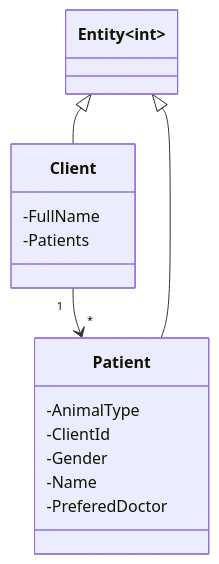
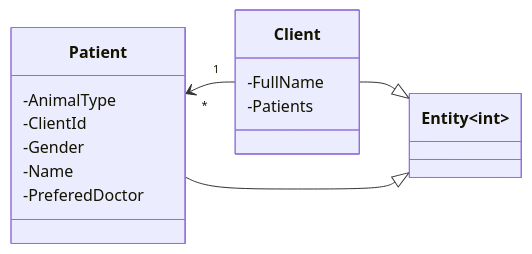
The first of 6 diagrams in 13. DDD/Applying Aggregates and Associations.md (pirocorp/Object-Oriented-Design), drawn with Mermaid before and after one commit. The commit also changed other lines of this file, not shown here.

Commit message:
Update Applying Aggregates and Associations.md

````diff
--- a/13. DDD/Applying Aggregates and Associations.md
+++ b/13. DDD/Applying Aggregates and Associations.md
@@ -45,18 +45,20 @@
 ```mermaid
-  classDiagram
-      Client "1" --> "*" Patient
+classDiagram
+  direction RL
   
-      Entity~int~ <|-- Client
-      Entity~int~ <|-- Patient
+  Client "1" --> "*" Patient
+  
+  Entity~int~ <|-- Client
+  Entity~int~ <|-- Patient
       
-      class Client
-      Client : -FullName
-      Client : -Patients
+  class Client
+  Client : -FullName
+  Client : -Patients
       
-      class Patient
-      Patient : -AnimalType
-      Patient : -ClientId
-      Patient : -Gender
-      Patient : -Name
-      Patient : -PreferedDoctor
+  class Patient
+  Patient : -AnimalType
+  Patient : -ClientId
+  Patient : -Gender
+  Patient : -Name
+  Patient : -PreferedDoctor
 ```
````
